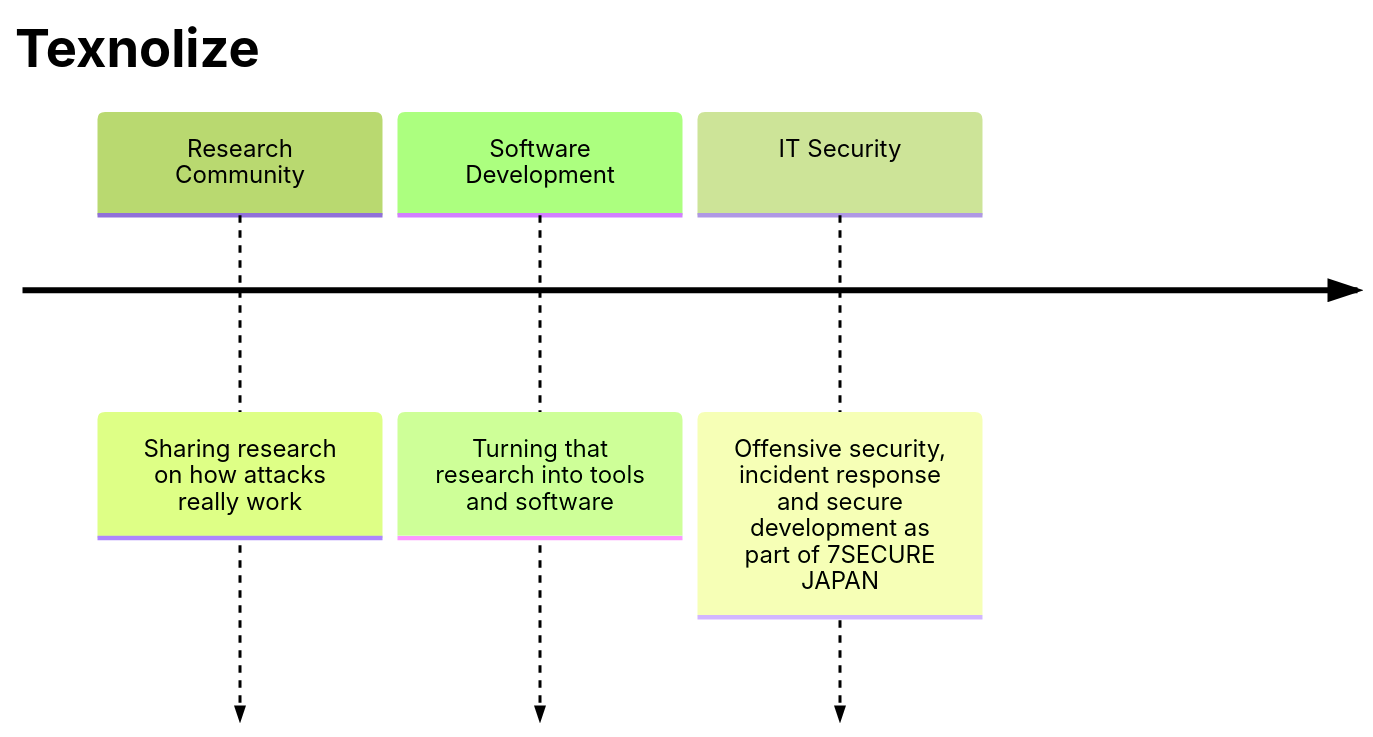
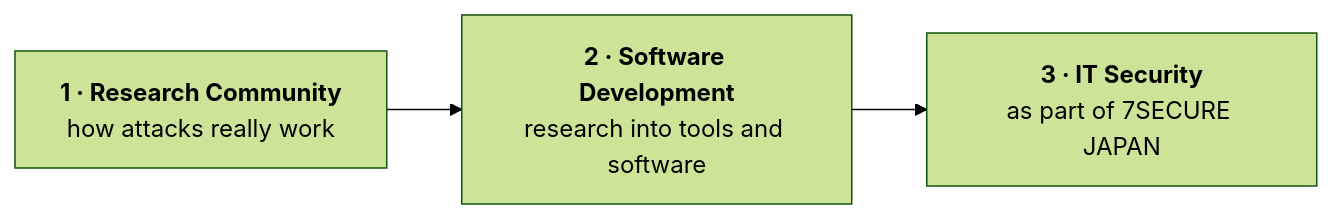
Before and after one commit to texnolize-software/based-info: the second of 2 diagrams in README.md, drawn with Mermaid (forest theme).

Commit message:
README: render Texnolize stages as a flowchart

````diff
--- a/README.md
+++ b/README.md
@@ -58,7 +58,7 @@
 ```mermaid
-timeline
-    title Texnolize
-    Research Community : Sharing research on how attacks really work
-    Software Development : Turning that research into tools and software
-    IT Security : Offensive security, incident response and secure development as part of 7SECURE JAPAN
+flowchart LR
+    A["<b>1 · Research Community</b><br/>how attacks really work"]
+    B["<b>2 · Software Development</b><br/>research into tools and software"]
+    C["<b>3 · IT Security</b><br/>as part of 7SECURE JAPAN"]
+    A --> B --> C
 ```
````
